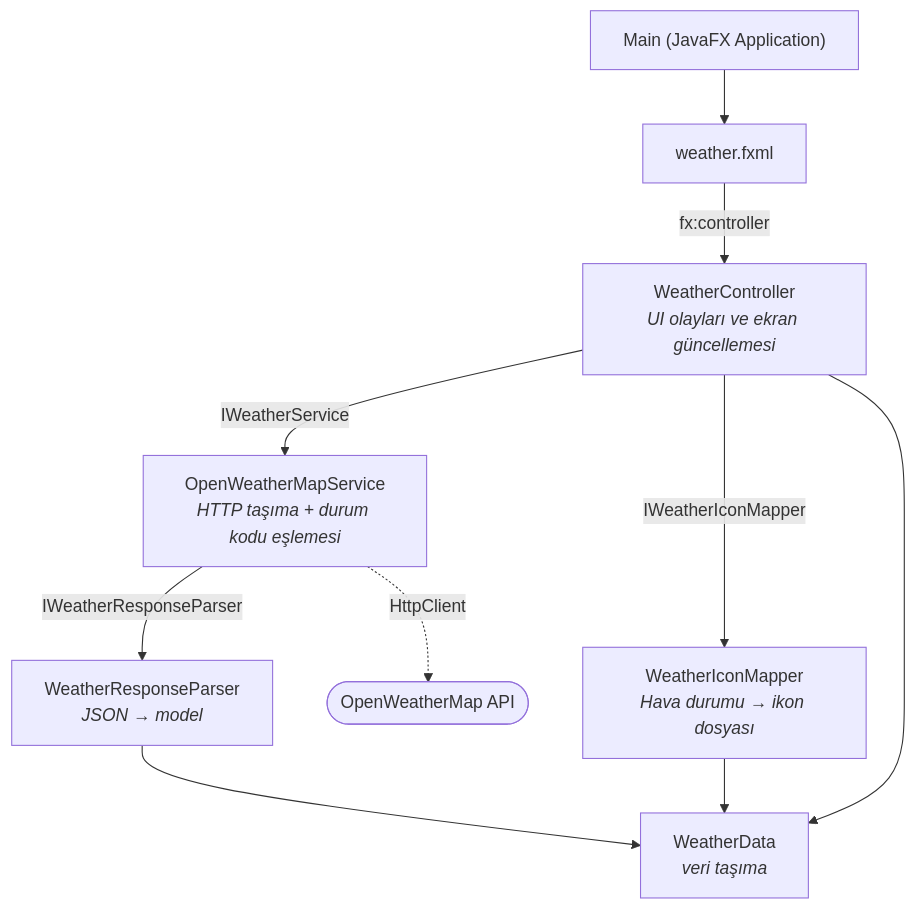
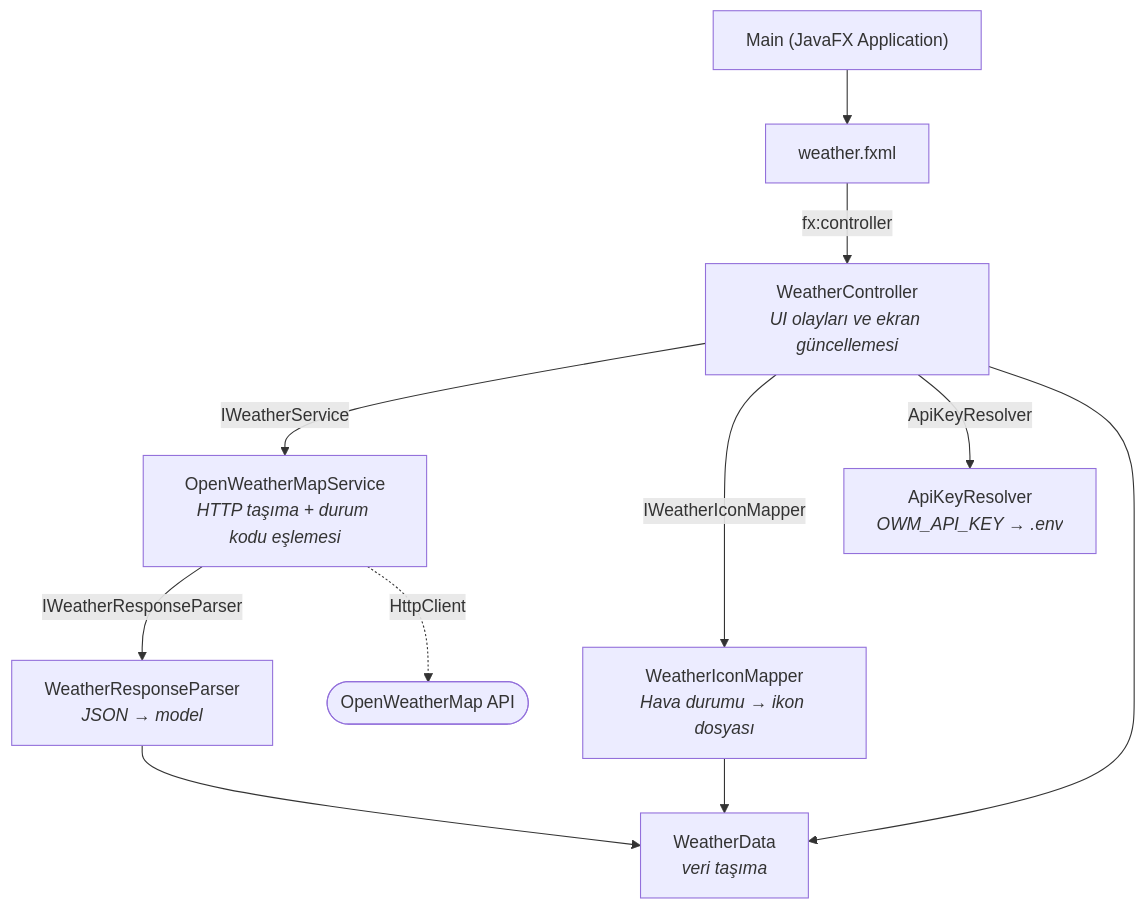
The diagram in README.md (emrelab/javafx-weather-app), drawn with Mermaid before and after one commit. The commit also changed other lines of this file and 5 other files, not shown here.

First line of the commit message:
fix: launch-independent API key lookup via .env fallback

````diff
--- a/README.md
+++ b/README.md
@@ -30,12 +30,13 @@
 ```mermaid
 flowchart TD
     Main["Main (JavaFX Application)"] --> FXML["weather.fxml"]
     FXML -->|"fx:controller"| Controller["WeatherController<br/><i>UI olayları ve ekran güncellemesi</i>"]
     Controller -->|IWeatherService| Service["OpenWeatherMapService<br/><i>HTTP taşıma + durum kodu eşlemesi</i>"]
     Controller -->|IWeatherIconMapper| IconMapper["WeatherIconMapper<br/><i>Hava durumu → ikon dosyası</i>"]
+    Controller -->|ApiKeyResolver| Config["ApiKeyResolver<br/><i>OWM_API_KEY → .env</i>"]
     Service -->|IWeatherResponseParser| Parser["WeatherResponseParser<br/><i>JSON → model</i>"]
     Service -.->|HttpClient| API(["OpenWeatherMap API"])
     Parser --> Model["WeatherData<br/><i>veri taşıma</i>"]
     IconMapper --> Model
     Controller --> Model
 ```
````
